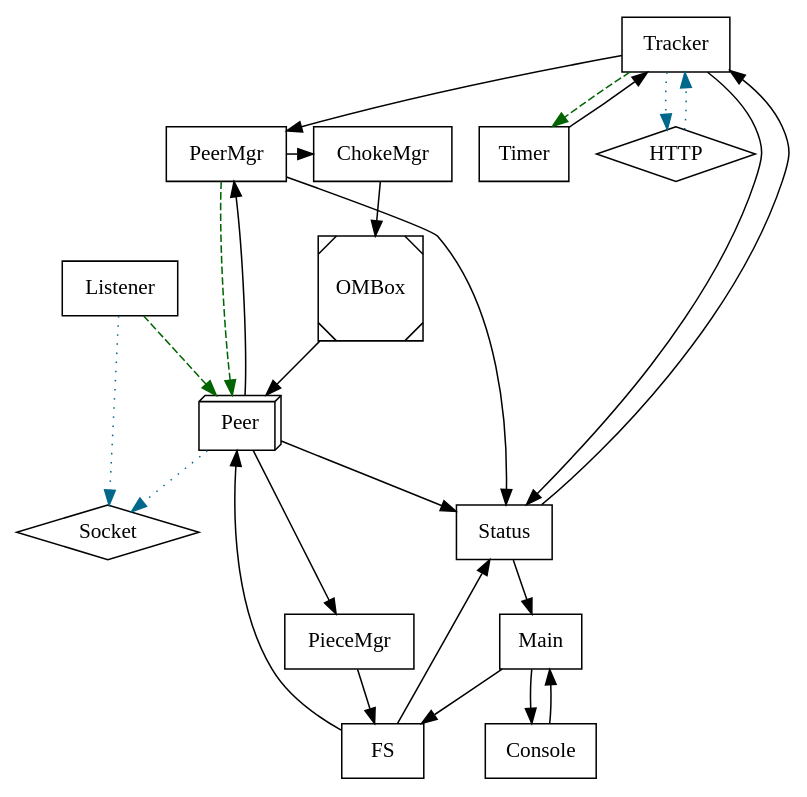
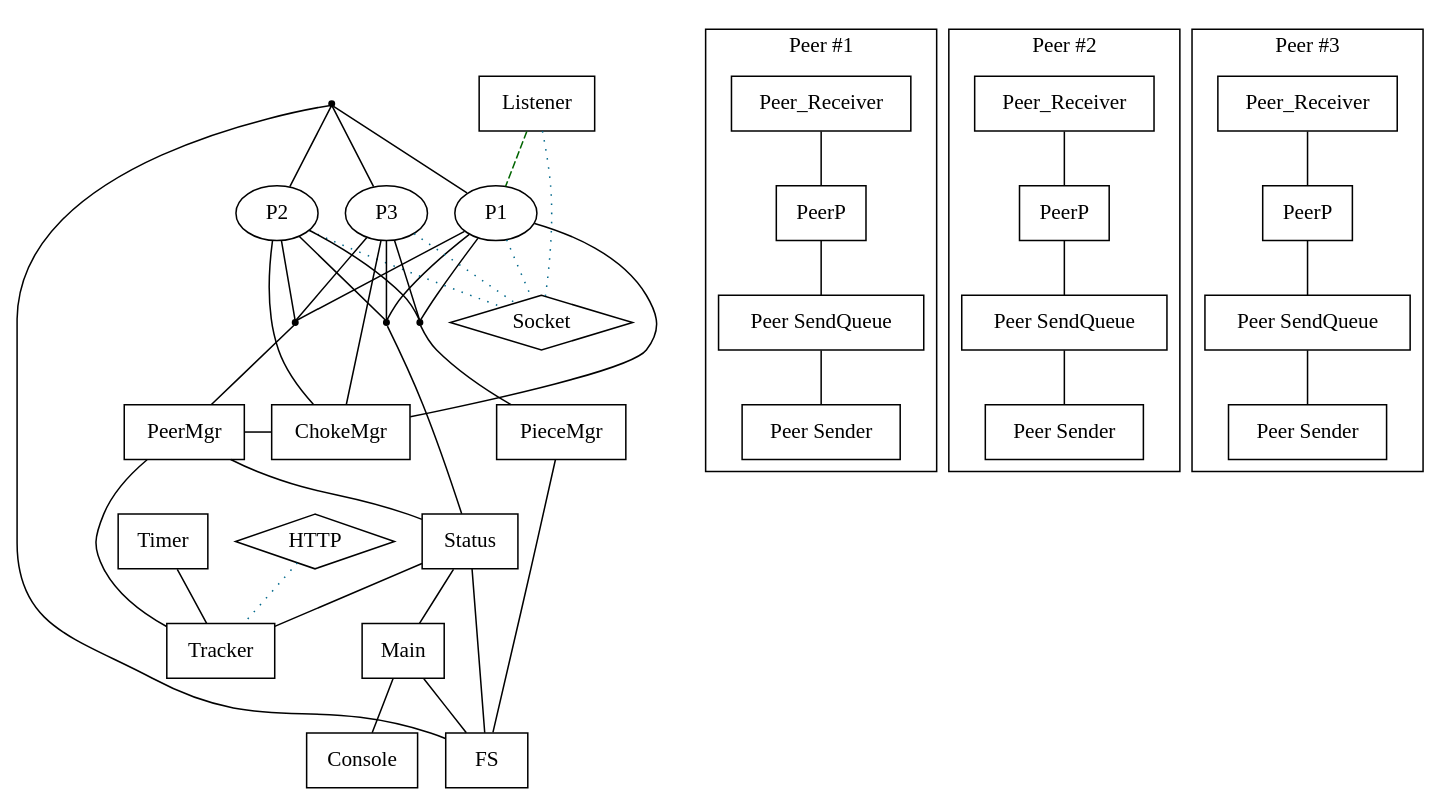
Before and after one commit to jlouis/combinatorrent: the diagram in doc/processes.dot, drawn with Graphviz. The commit also changed 2 other files, not shown here.

Commit message:
Make sure the process diagram is a bigraph.

```diff
--- a/doc/processes.dot
+++ b/doc/processes.dot
@@ -1,66 +1,119 @@
-digraph {
+graph {
 
+	node [shape=ellipse];
+	{ rank=same; P1; P2; P3; }
 	node [shape=box];
 	Tracker;
-	Peer [shape=box3d];
 	{ rank = same;
           PeerMgr;
 	  ChokeMgr;
         }
 
-	OMBox [shape=Msquare];
+
+	subgraph cluster_p1 {
+		 label="Peer #1";
+
+		 P1Main [label="PeerP"];
+		 P1Receiver [label="Peer_Receiver"];
+		 P1SendQ [label="Peer SendQueue"];
+		 P1Sender [label="Peer Sender"];
+
+		 P1Receiver -- P1Main;
+		 P1Main -- P1SendQ -- P1Sender;
+        }
+
+	subgraph cluster_p2 {
+		 label="Peer #2";
+
+		 P2Main [label="PeerP"];
+		 P2Receiver [label="Peer_Receiver"];
+		 P2SendQ [label="Peer SendQueue"];
+		 P2Sender [label="Peer Sender"];
+
+		 P2Receiver -- P2Main;
+		 P2Main -- P2SendQ -- P2Sender;
+        }
+
+	subgraph cluster_p3 {
+		 label="Peer #3";
+
+		 P3Main [label="PeerP"];
+		 P3Receiver [label="Peer_Receiver"];
+		 P3SendQ [label="Peer SendQueue"];
+		 P3Sender [label="Peer Sender"];
+
+		 P3Receiver -- P3Main;
+		 P3Main -- P3SendQ -- P3Sender;
+        }
 
 	Status;
 	FS;
 	Main;
 	Console;
 	Timer;
 	PieceMgr;
 
 	Listener;
 
 	node [shape=diamond];
 	HTTP;
 	Socket;
 
 	edge [style=dotted,color=deepskyblue4];
-	Tracker -> HTTP;
-	HTTP    -> Tracker;
-	Peer -> Socket;
-	Listener-> Socket;
+	HTTP    -- Tracker;
+	P1 -- Socket;
+	P2 -- Socket;
+	P3 -- Socket;
+	Listener-- Socket;
 
 	edge [style=solid,color=black];
 
-	Tracker -> PeerMgr;
-	Tracker -> Timer [style=dashed,color=darkgreen];
-	Tracker -> Status
+	Tracker -- PeerMgr;
 
-	Timer -> Tracker;
+	Timer -- Tracker;
 
-	OMBox -> Peer;
-	PeerMgr -> Peer [style=dashed,color=darkgreen];
-	PeerMgr -> Status;
-	ChokeMgr -> OMBox;
-	PeerMgr -> ChokeMgr;
+	PeerMgr -- Status;
+	ChokeMgr -- P1;
+	ChokeMgr -- P2;
+	ChokeMgr -- P3;
+	PeerMgr -- ChokeMgr;
 
-	Peer -> PeerMgr;
+	PHub [shape=point];
+	P1 -- PHub [arrowhead=none];
+	P2 -- PHub [arrowhead=none];
+	P3 -- PHub [arrowhead=none];
+	PHub -- PeerMgr;
 
-	FS -> Peer;
-	Peer -> Status;
+	PHub_FS [shape=point];
+	PHub_FS -- P1;
+	PHub_FS -- P2;
+	PHub_FS -- P3;
+	PHub_FS -- FS;
 
-	Peer -> PieceMgr;
 
-	PieceMgr -> FS;
+	PHub_S [shape=point];
+	P1 -- PHub_S [arrowhead=none];
+	P2 -- PHub_S [arrowhead=none];
+	P3 -- PHub_S [arrowhead=none];
+	PHub_S -- Status;
 
-	FS -> Status;
+	PHub_PM [shape=point];
 
-	Main -> Console;
-	Main -> FS;
+	P1 -- PHub_PM [arrowhead=none];
+	P2 -- PHub_PM [arrowhead=none];
+	P3 -- PHub_PM [arrowhead=none];
+	PHub_PM -- PieceMgr;
 
-	Console -> Main;
+	PieceMgr -- FS;
 
-	Status -> Tracker;
-	Status -> Main;
+	FS -- Status;
 
-	Listener -> Peer [style=dashed,color=darkgreen];
+	Main -- Console;
+	Main -- FS;
+
+	Status -- Tracker;
+	Status -- Main;
+
+	Listener -- P1 [style=dashed,color=darkgreen];
+
 }
```
